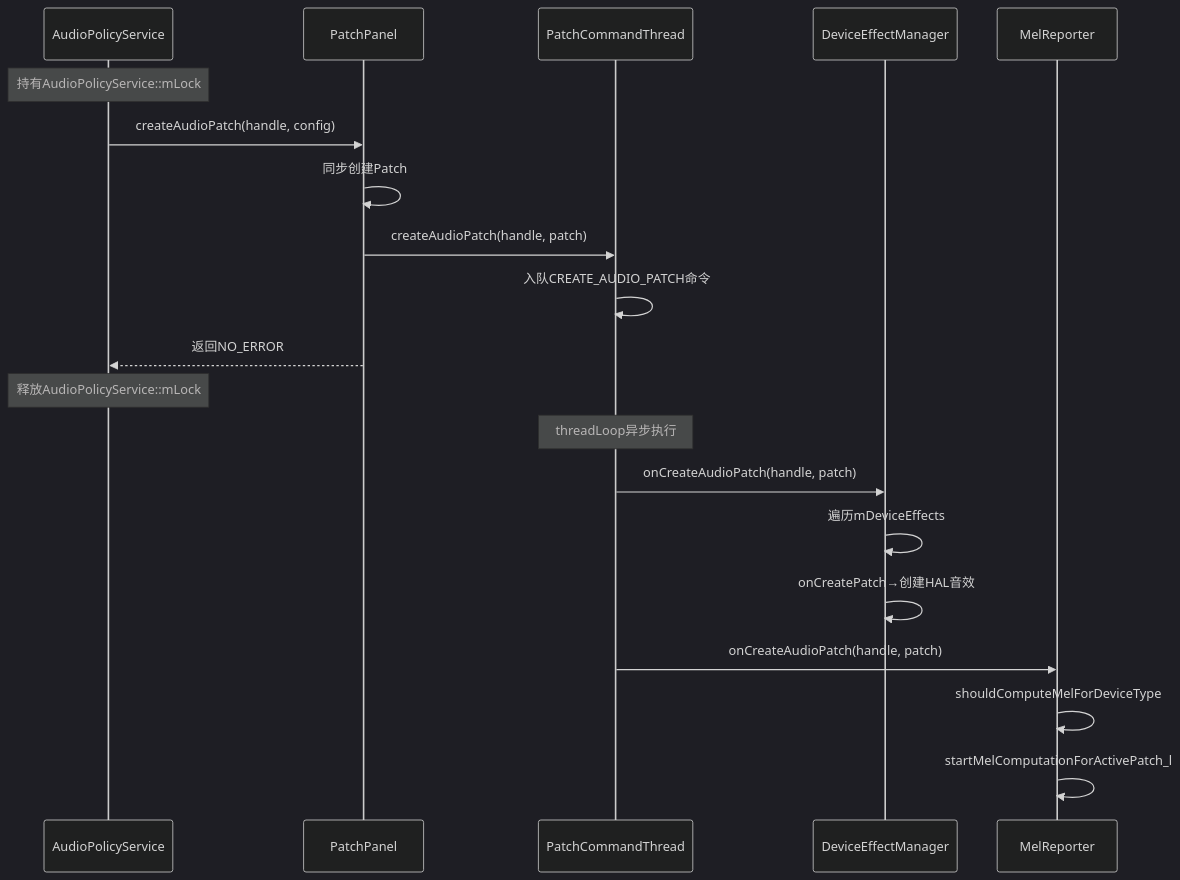
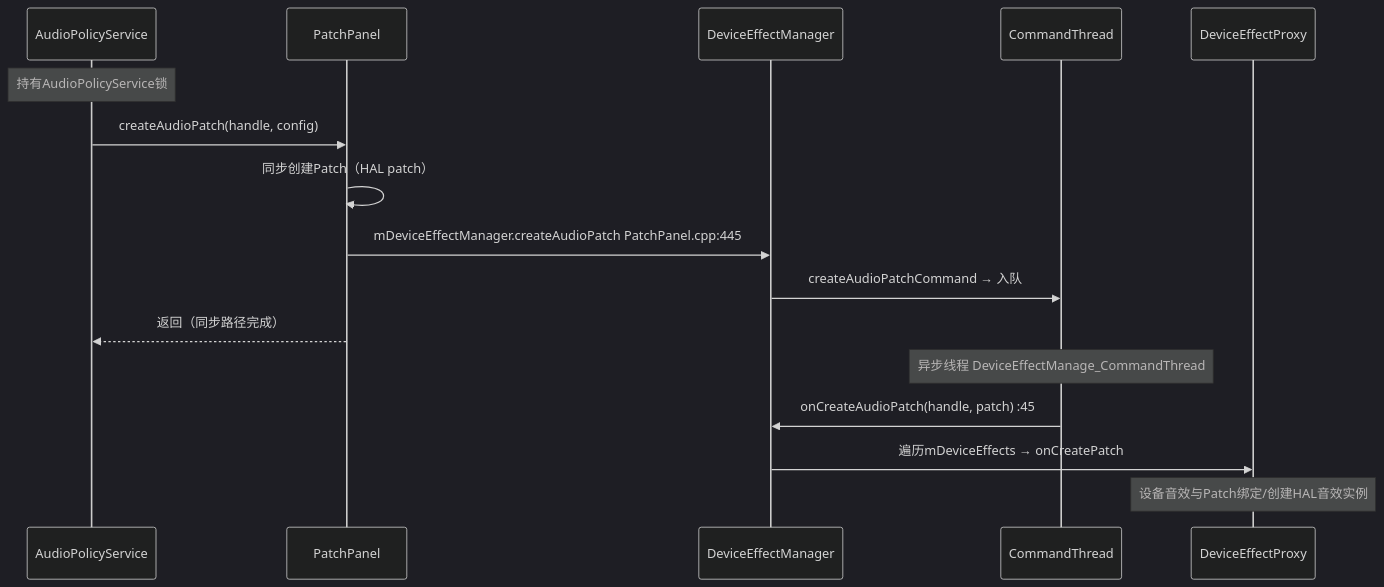
Before and after one commit to yanglinzhen1022/SA8295_AAOS_QNX_Audio_KnowledgeBase: the fourth of 4 diagrams in 05_AudioFlinger/05_5.15_PatchCommandThread-Patch异步命令线程.md, drawn with Mermaid (dark theme). The commit also changed other lines of this file and 12 other files, not shown here.

````diff
--- a/05_AudioFlinger/05_5.15_PatchCommandThread-Patch异步命令线程.md
+++ b/05_AudioFlinger/05_5.15_PatchCommandThread-Patch异步命令线程.md
@@ -337,25 +268,20 @@
 ```mermaid
 sequenceDiagram
     participant APS as AudioPolicyService
     participant PP as PatchPanel
-    participant PCT as PatchCommandThread
     participant DEM as DeviceEffectManager
-    participant MR as MelReporter
+    participant CT as CommandThread
+    participant DEP as DeviceEffectProxy
 
-    Note over APS: 持有AudioPolicyService::mLock
+    Note over APS: 持有AudioPolicyService锁
     APS->>PP: createAudioPatch(handle, config)
-    PP->>PP: 同步创建Patch
-    PP->>PCT: createAudioPatch(handle, patch)
-    PCT->>PCT: 入队CREATE_AUDIO_PATCH命令
-    PP-->>APS: 返回NO_ERROR
-    Note over APS: 释放AudioPolicyService::mLock
+    PP->>PP: 同步创建Patch（HAL patch）
+    PP->>DEM: mDeviceEffectManager.createAudioPatch  PatchPanel.cpp:445
+    DEM->>CT: createAudioPatchCommand → 入队
+    PP-->>APS: 返回（同步路径完成）
 
-    Note over PCT: threadLoop异步执行
-    PCT->>DEM: onCreateAudioPatch(handle, patch)
-    DEM->>DEM: 遍历mDeviceEffects
-    DEM->>DEM: onCreatePatch→创建HAL音效
-
-    PCT->>MR: onCreateAudioPatch(handle, patch)
-    MR->>MR: shouldComputeMelForDeviceType
-    MR->>MR: startMelComputationForActivePatch_l
+    Note over CT: 异步线程 DeviceEffectManage_CommandThread
+    CT->>DEM: onCreateAudioPatch(handle, patch)  :45
+    DEM->>DEP: 遍历mDeviceEffects → onCreatePatch
+    Note over DEP: 设备音效与Patch绑定/创建HAL音效实例
 ```
````
